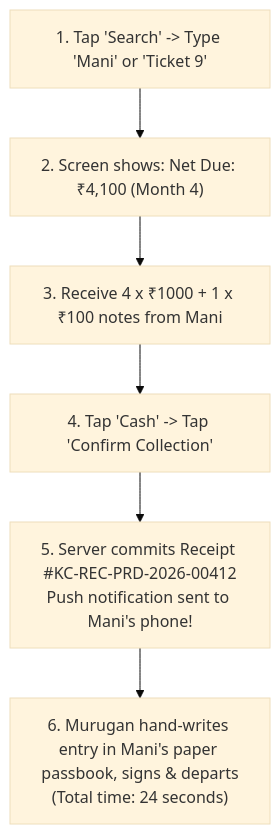
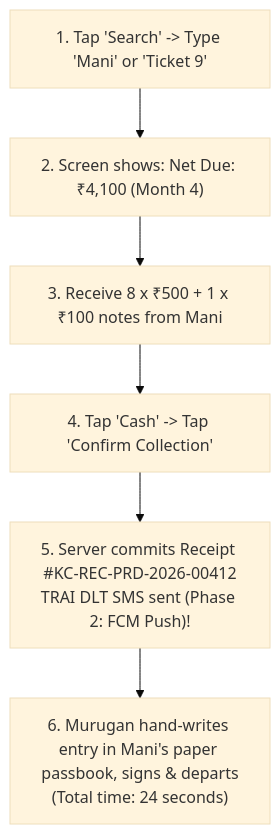
The third of 4 diagrams in docs/02-requirements/educational-guides/persona-3-field-collection-agent.md (Kathir-24/Kumaran-finance), drawn with Mermaid (base theme) before and after one commit. The commit also changed other lines of this file and 4 other files, not shown here.

````diff
--- a/docs/02-requirements/educational-guides/persona-3-field-collection-agent.md
+++ b/docs/02-requirements/educational-guides/persona-3-field-collection-agent.md
@@ -153,8 +153,8 @@
 ```mermaid
 flowchart TD
     S1["1. Tap 'Search' -> Type 'Mani' or 'Ticket 9'"] --> S2["2. Screen shows: Net Due: ₹4,100 (Month 4)"]
-    S2 --> S3["3. Receive 4 x ₹1000 + 1 x ₹100 notes from Mani"]
+    S2 --> S3["3. Receive 8 x ₹500 + 1 x ₹100 notes from Mani"]
     S3 --> S4["4. Tap 'Cash' -> Tap 'Confirm Collection'"]
-    S4 --> S5["5. Server commits Receipt #KC-REC-PRD-2026-00412\nPush notification sent to Mani's phone!"]
+    S4 --> S5["5. Server commits Receipt #KC-REC-PRD-2026-00412\nTRAI DLT SMS sent (Phase 2: FCM Push)!"]
     S5 --> S6["6. Murugan hand-writes entry in Mani's paper passbook, signs & departs\n(Total time: 24 seconds)"]
 ```
````
